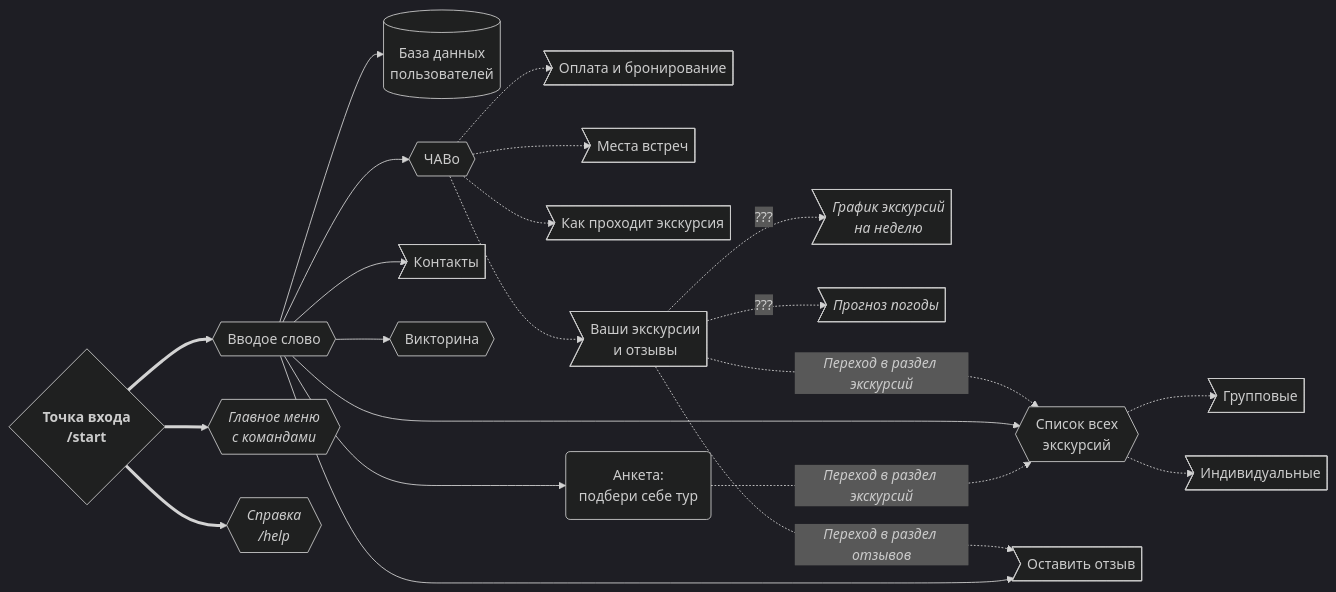
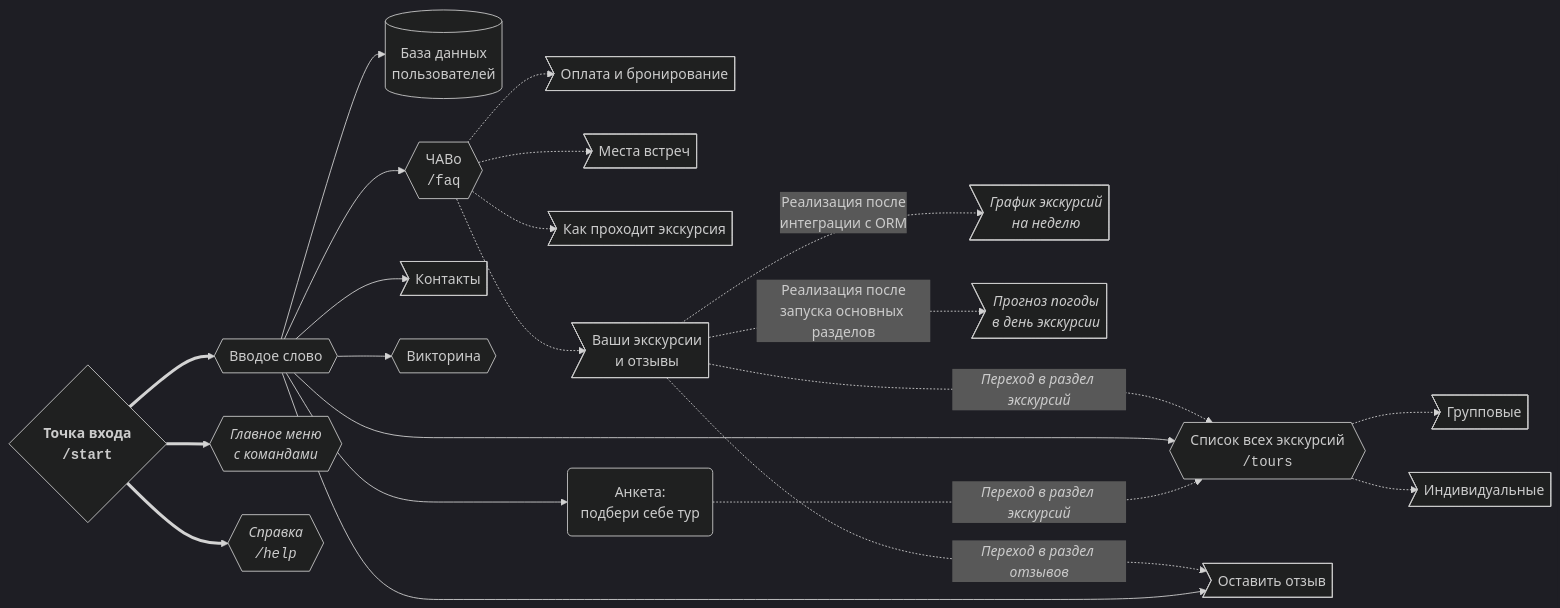
One commit to tropintropin/telegram_bot_peshehod_chat changed the second of 2 diagrams in README.md. Above: the diagram before and after it, drawn with Mermaid (dark theme). The commit also changed other lines of this file, not shown here.

````diff
--- a/README.md
+++ b/README.md
@@ -69,25 +66,25 @@
 ```mermaid
 graph LR
-    id0{<strong>Точка входа<br>/start</strong>}
+    id0{<strong>Точка входа<br><code>/start</code></strong>}
     id0 ==> id1{{Вводое слово}}
     id0 ==> id9{{<i>Главное меню<br>с командами</i>}}
-    id0 ==> id10{{<i>Справка<br>/help<i>}}
+    id0 ==> id10{{<i>Справка<i/><br><code>/help</code>}}
     id1 --> id8[(База данных<br>пользователей)]
-    id1 --> id2{{ЧАВо}}
+    id1 --> id2{{ЧАВо<br><code>/faq</code>}}
         id2 -.-> id20>Оплата и бронирование]
         id2 -.-> id21>Места встреч]
         id2 -.-> id22>Как проходит экскурсия]
         id2 -.-> id23>Ваши экскурсии<br>и отзывы]
-            id23 -.->|???| id232><i>График экскурсий<br>на неделю</i>]
-            id23 -.->|???| id230><i>Прогноз погоды</i>]
+            id23 -.->|Реализация после<br>интеграции с ORM| id232><i>График экскурсий<br>на неделю</i>]
+            id23 -.->|Реализация после<br>запуска основных разделов| id230><i>Прогноз погоды<br>в день экскурсии</i>]
             id23 -..->|<i>Переход в раздел экскурсий</i>| id7
             id23 -..->|<i>Переход в раздел отзывов</i>| id4
-    id1 --> id7{{Список всех<br>экскурсий}}
+    id1 --> id7{{Список всех экскурсий<br><code>/tours</code>}}
         id7 -.-> id71>Групповые]
         id7 -.-> id72>Индивидуальные]
     id1 --> id3>Контакты]
     id1 --> id4>Оставить отзыв]
     id1 --> id5(Анкета:<br>подбери себе тур)
         id5 -..->|<i>Переход в раздел экскурсий</i>| id7
     id1 --> id6{{Викторина}}
 ```
````
